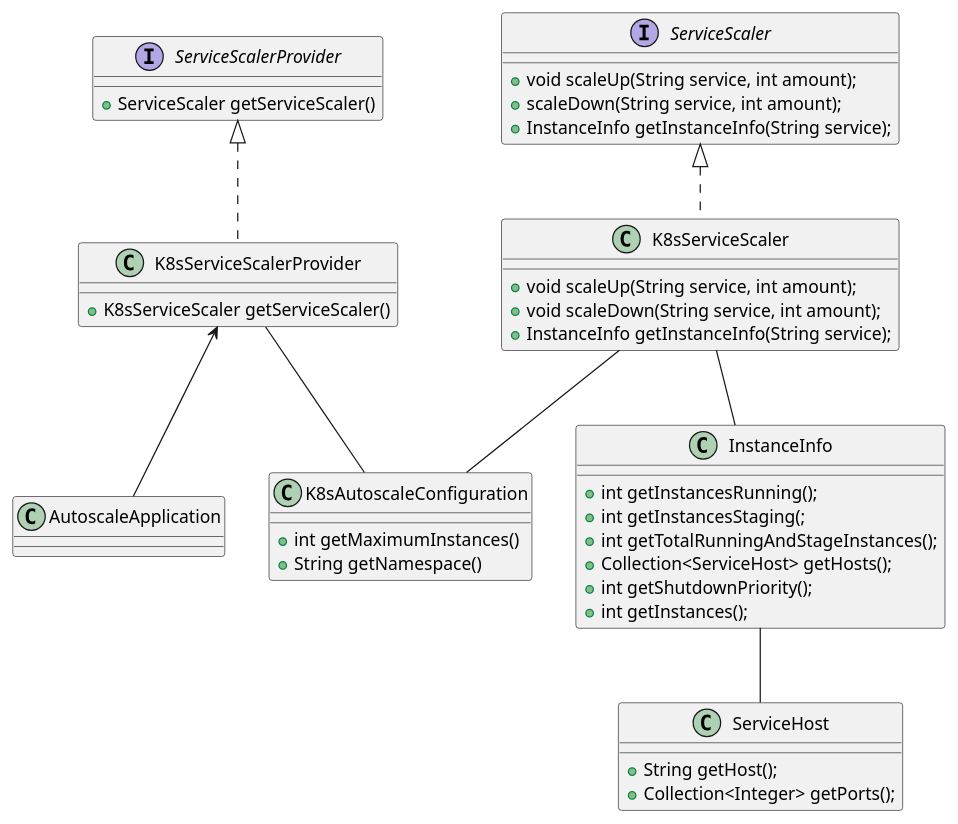
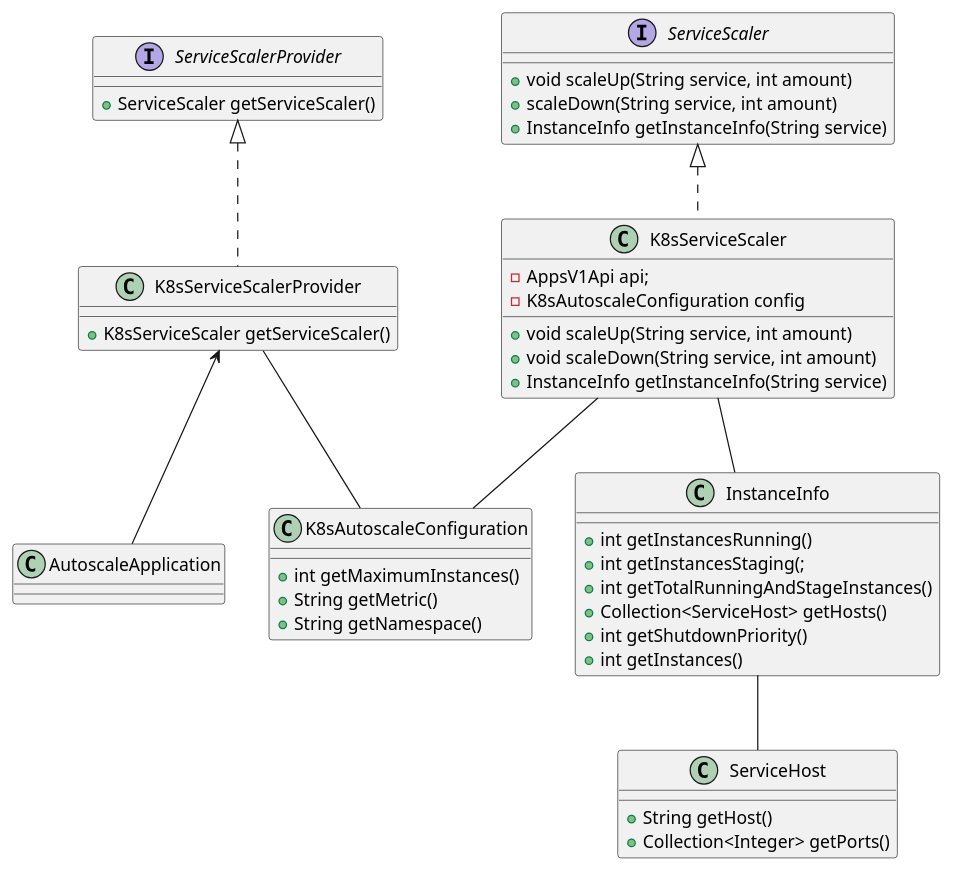
One commit to Autoscaler/autoscaler changed the diagram in autoscale-scaler-kubernetes/diagrams/Scalar.puml. Above: the diagram before and after it, drawn with PlantUML. The commit also changed 10 other files, not shown here.

```diff
--- a/autoscale-scaler-kubernetes/diagrams/Scalar.puml
+++ b/autoscale-scaler-kubernetes/diagrams/Scalar.puml
@@ -1,53 +1,56 @@
 @startuml
 
 class ServiceHost
 {
-    + String getHost();
-	+ Collection<Integer> getPorts();
+    + String getHost()
+	+ Collection<Integer> getPorts()
 }
 
 class InstanceInfo {
-    + int getInstancesRunning();
+    + int getInstancesRunning()
     + int getInstancesStaging(;
-    + int getTotalRunningAndStageInstances();
-    + Collection<ServiceHost> getHosts();
-    + int getShutdownPriority();
-    + int getInstances();
+    + int getTotalRunningAndStageInstances()
+    + Collection<ServiceHost> getHosts()
+    + int getShutdownPriority()
+    + int getInstances()
 }
 
 class K8sServiceScaler {
-    + void scaleUp(String service, int amount);
-    + void scaleDown(String service, int amount);
-    + InstanceInfo getInstanceInfo(String service);   
+    - AppsV1Api api;
+    - K8sAutoscaleConfiguration config
+    + void scaleUp(String service, int amount)
+    + void scaleDown(String service, int amount)
+    + InstanceInfo getInstanceInfo(String service)   
 }
 
 interface ServiceScaler {
-    + void scaleUp(String service, int amount);
-    + scaleDown(String service, int amount);
-    + InstanceInfo getInstanceInfo(String service);    
+    + void scaleUp(String service, int amount)
+    + scaleDown(String service, int amount)
+    + InstanceInfo getInstanceInfo(String service)    
 }
 
 interface ServiceScalerProvider {
      + ServiceScaler getServiceScaler()
 }
 
 class K8sServiceScalerProvider {
     + K8sServiceScaler getServiceScaler()
 } 
 
 class K8sAutoscaleConfiguration {
  + int getMaximumInstances()
+ + String getMetric()
  + String getNamespace()
 }
 
 ServiceScaler <|.. K8sServiceScaler
 K8sServiceScaler -- InstanceInfo
 K8sServiceScaler -- K8sAutoscaleConfiguration
 K8sServiceScalerProvider -- K8sAutoscaleConfiguration
 InstanceInfo -- ServiceHost
 ServiceScalerProvider <|.. K8sServiceScalerProvider
 class AutoscaleApplication
 
 K8sServiceScalerProvider <-- AutoscaleApplication
 
 @enduml
```
